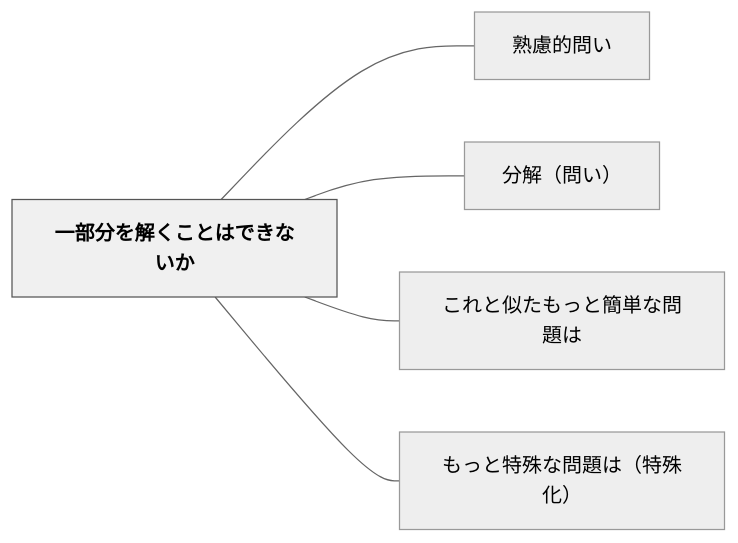
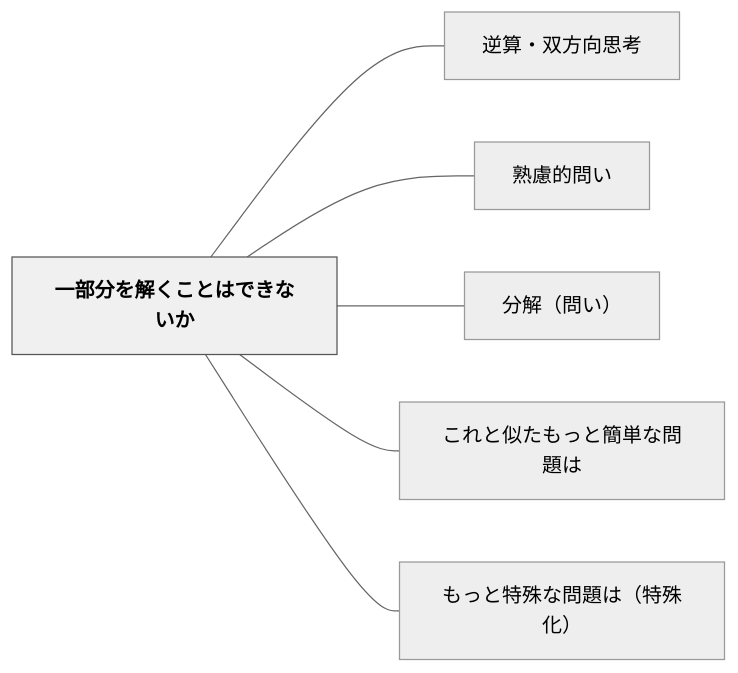
Before and after one commit to unknownthings-ed-patterns/unknownthings-ed-patterns: the diagram in content/パタン/一部分を解くことはできないか.md, drawn with Mermaid (neutral theme). The commit also changed other lines of this file and 473 other files, not shown here.

````diff
--- a/content/パタン/一部分を解くことはできないか.md
+++ b/content/パタン/一部分を解くことはできないか.md
@@ -54,16 +55,18 @@
 ```mermaid
 flowchart LR
     ne4b880e983a8["一部分を解くことはできないか"]
+    ne98086e7ae97["逆算・双方向思考"]
     ne7869fe685ae["熟慮的問い"]
     ne58886e8a7a3["分解（問い）"]
     ne38193e3828c["これと似たもっと簡単な問題は"]
     ne38282e381a3["もっと特殊な問題は（特殊化）"]
 
+    ne4b880e983a8 --- ne98086e7ae97
     ne4b880e983a8 --- ne7869fe685ae
     ne4b880e983a8 --- ne58886e8a7a3
     ne4b880e983a8 --- ne38193e3828c
     ne4b880e983a8 --- ne38282e381a3
 
     classDef hub fill:#f0f0f0,stroke:#555,color:#000,font-weight:bold
     class ne4b880e983a8 hub
 ```
````
